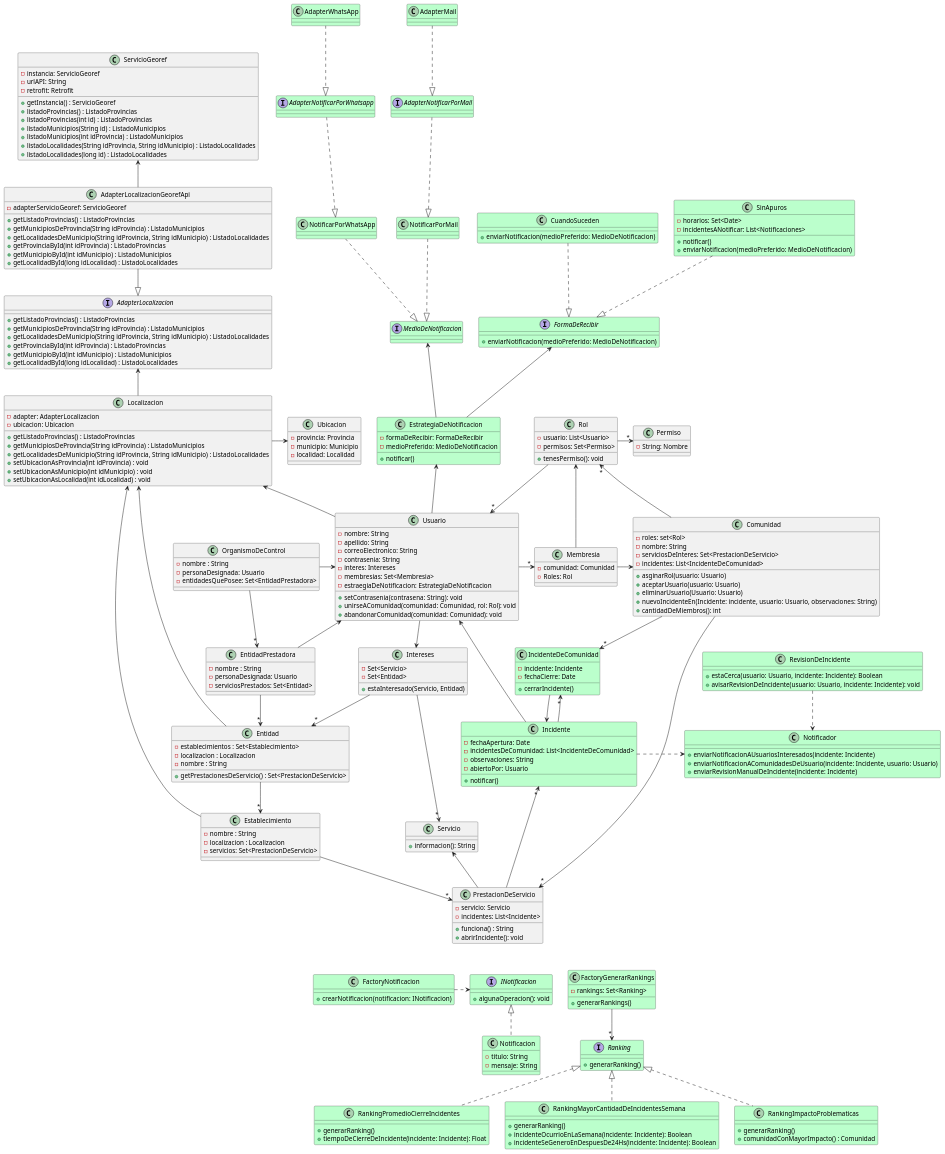
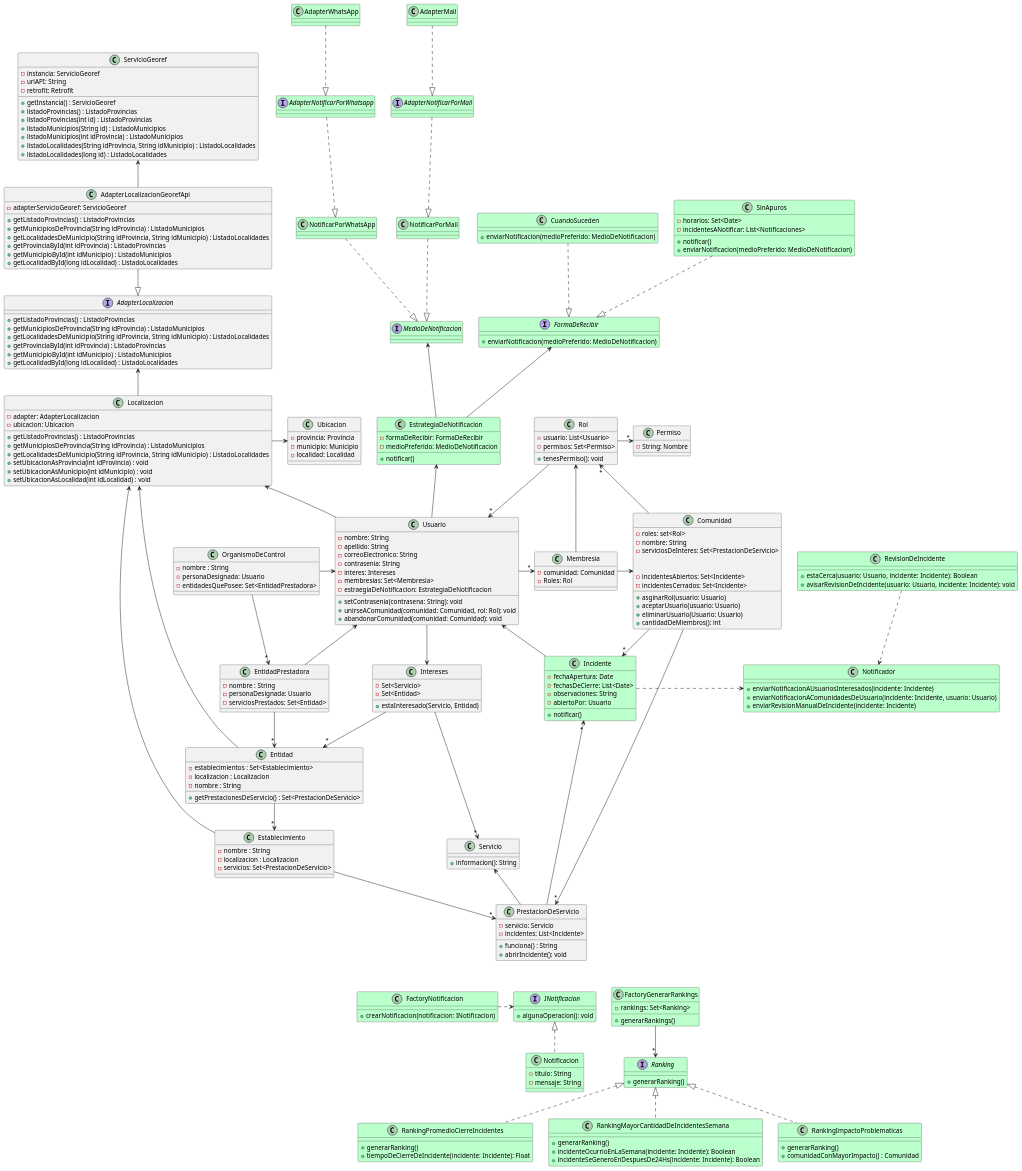
The diagram in Entregables/DiagramaDeClases.wsd (AndyTrias/comunidades-apoyo-movilidad-reducida-), drawn with PlantUML before and after one commit. The commit also changed 9 other files, not shown here.

```diff
--- a/Entregables/DiagramaDeClases.wsd
+++ b/Entregables/DiagramaDeClases.wsd
@@ -35,13 +35,11 @@
     -roles: set<Rol>
     -nombre: String
     -serviciosDeInteres: Set<PrestacionDeServicio>
-    - incidentes: List<IncidenteDeComunidad>
 
 
     + asginarRol(usuario: Usuario)
     + aceptarUsuario(usuario: Usuario)
     + eliminarUsuario(Usuario: Usuario)
-    + nuevoIncidenteEn(Incidente: incidente, usuario: Usuario, observaciones: String)
     + cantidadDeMiembros(): int
 }
 
@@ -225,24 +223,20 @@
 /' INCIDENTES '/
 Class Incidente #bbffcc{
     - fechaApertura: Date
-    - incidentesDeComunidad: List<IncidenteDeComunidad>
+    - fechasDeCierre: List<Date>
     - observaciones: String
     - abiertoPor: Usuario
 
     + notificar()
 }
 
-Class IncidenteDeComunidad #bbffcc{
-    - incidente: Incidente
-    - fechaCierre: Date
-
-    + cerrarIncidente()
+Class Comunidad {
+    - incidentesAbiertos: Set<Incidente> 
+    - incidentesCerrados: Set<Incidente>
 }
 
-IncidenteDeComunidad --> Incidente
-Incidente --> "*" IncidenteDeComunidad
 Incidente "*" <-- PrestacionDeServicio 
-Comunidad --> "*" IncidenteDeComunidad
+Comunidad --> "*" Incidente
 Incidente --> Usuario
 
 /' CONFIGURACION DE NOTIFICACIONES '/
```
